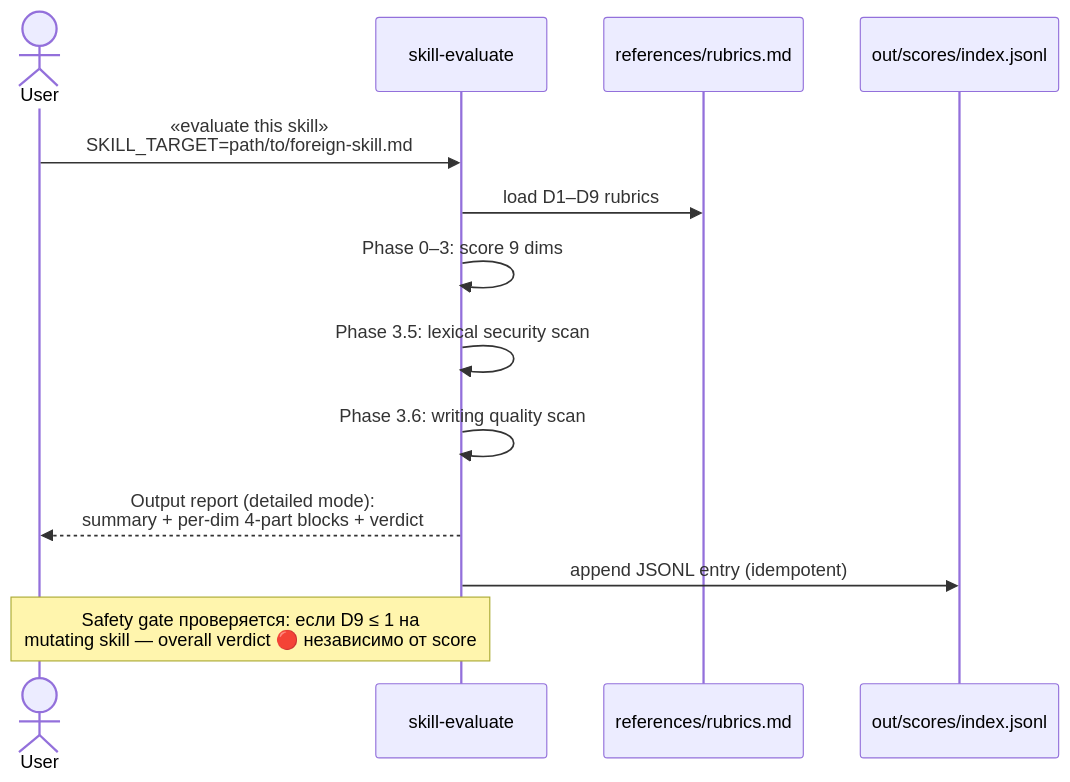
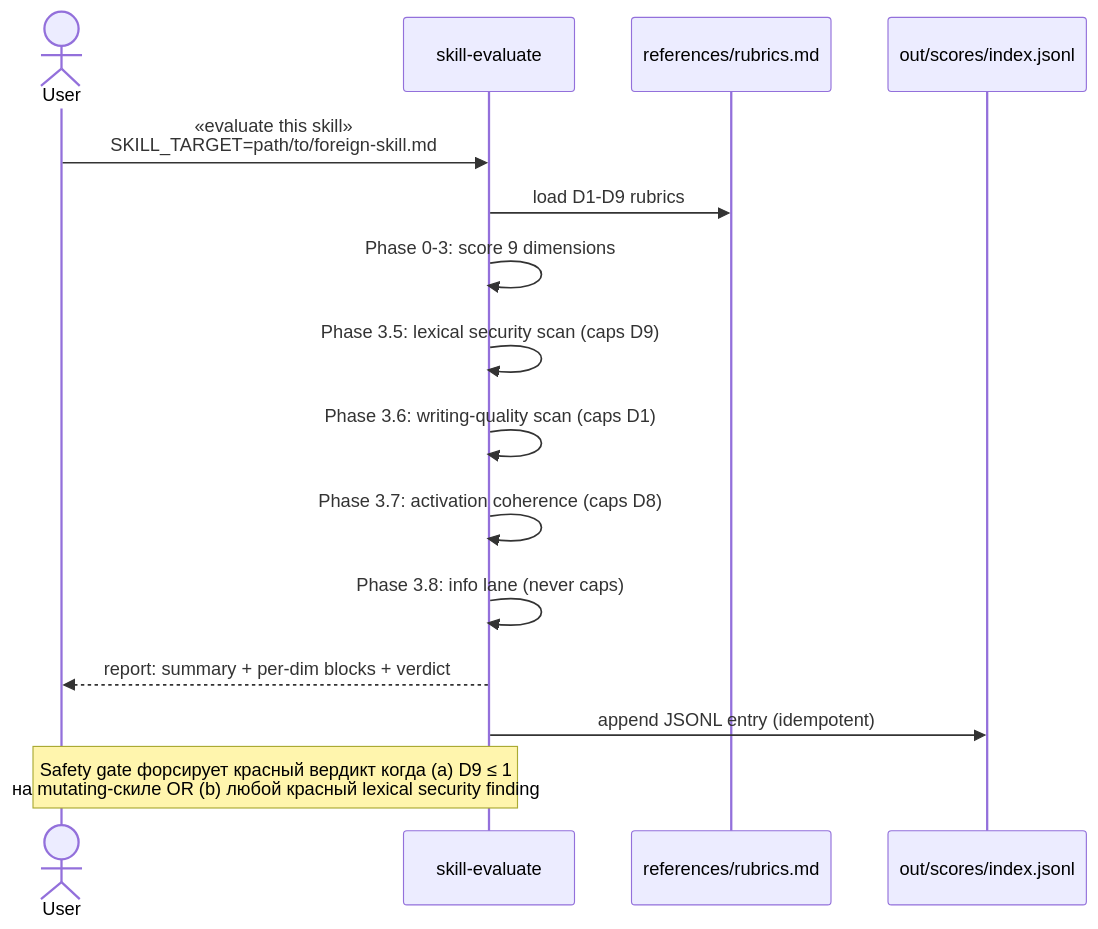
The third of 9 diagrams in docs/user-guide.ru.md (artemrudenko/skill-governance-toolkit), drawn with Mermaid before and after one commit. The commit also changed other lines of this file and 1 other file, not shown here.

````diff
--- a/docs/user-guide.ru.md
+++ b/docs/user-guide.ru.md
@@ -213,17 +120,19 @@
 ```mermaid
 sequenceDiagram
     actor U as User
     participant E as skill-evaluate
     participant R as references/rubrics.md
     participant J as out/scores/index.jsonl
 
     U->>E: «evaluate this skill»<br/>SKILL_TARGET=path/to/foreign-skill.md
-    E->>R: load D1–D9 rubrics
-    E->>E: Phase 0–3: score 9 dims
-    E->>E: Phase 3.5: lexical security scan
-    E->>E: Phase 3.6: writing quality scan
-    E-->>U: Output report (detailed mode):<br/>summary + per-dim 4-part blocks + verdict
+    E->>R: load D1-D9 rubrics
+    E->>E: Phase 0-3: score 9 dimensions
+    E->>E: Phase 3.5: lexical security scan (caps D9)
+    E->>E: Phase 3.6: writing-quality scan (caps D1)
+    E->>E: Phase 3.7: activation coherence (caps D8)
+    E->>E: Phase 3.8: info lane (never caps)
+    E-->>U: report: summary + per-dim blocks + verdict
     E->>J: append JSONL entry (idempotent)
 
-    Note over U,E: Safety gate проверяется: если D9 ≤ 1 на<br/>mutating skill — overall verdict 🔴 независимо от score
+    Note over U,E: Safety gate форсирует красный вердикт когда (a) D9 ≤ 1<br/>на mutating-скиле OR (b) любой красный lexical security finding
 ```
````
